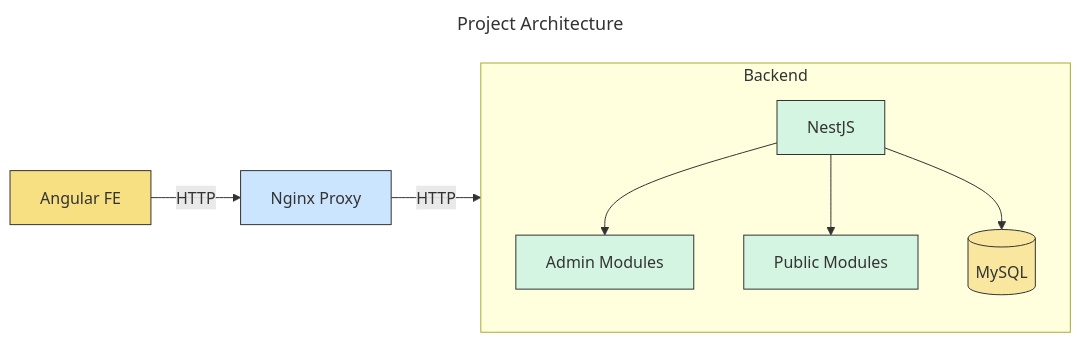
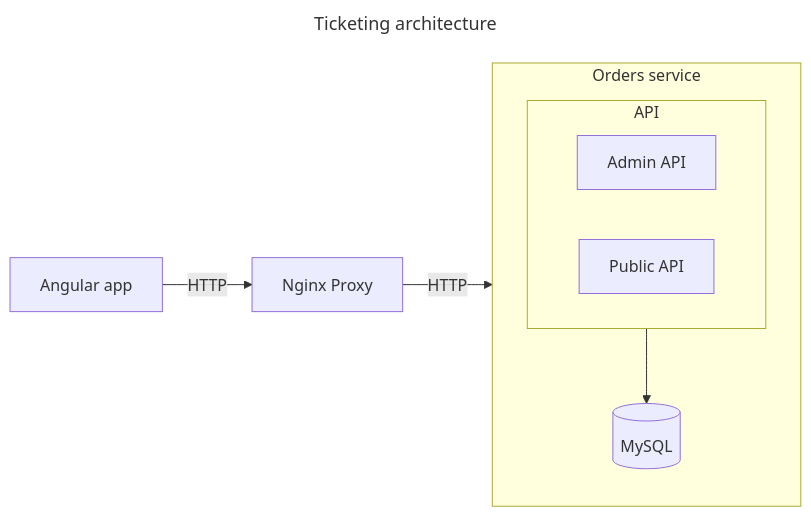
Before and after one commit to WeslleyDeSouza/elo-shot-count-report: the first of 2 diagrams in README.md, drawn with Mermaid.

Commit message:
implementing collection entry in ui->public

````diff
--- a/README.md
+++ b/README.md
@@ -9,30 +9,23 @@
 ```mermaid
 ---
-title:  Project Architecture
+title: Ticketing architecture
 ---
 flowchart LR
 
-%% styles
-classDef app fill:#f7e081,stroke:#333,stroke-width:1px
-classDef proxy fill:#cce5ff,stroke:#333,stroke-width:1px
-classDef backend fill:#d5f5e3,stroke:#333,stroke-width:1px
-classDef db fill:#f9e79f,stroke:#333,stroke-width:1px
+%% entities
+    FE[Angular app]:::app
+    LB[Nginx Proxy]:::proxy
 
-%% edge flow
-FE[Angular FE]:::app -->|HTTP| LB[Nginx Proxy]:::proxy
+    subgraph OS [Orders service]
+    direction TB
+    subgraph O [API]
+        direction LR
+        OA[Admin API]:::service
+        OP[Public API]:::service
+    end
+    O --> O-M[(MySQL)]
+    end
 
-subgraph BE[Backend]
-direction TB
-NX[NestJS]:::backend
-ADM[Admin Modules]:::backend
-PUB[Public Modules]:::backend
-DB[(MySQL)]:::db
-
-%% internal wiring
-NX --> ADM
-NX --> PUB
-NX --> DB
-end
-
-LB -->|HTTP| NX
+%% flow
+    FE -->|HTTP| LB -->|HTTP| O
 ```
````
